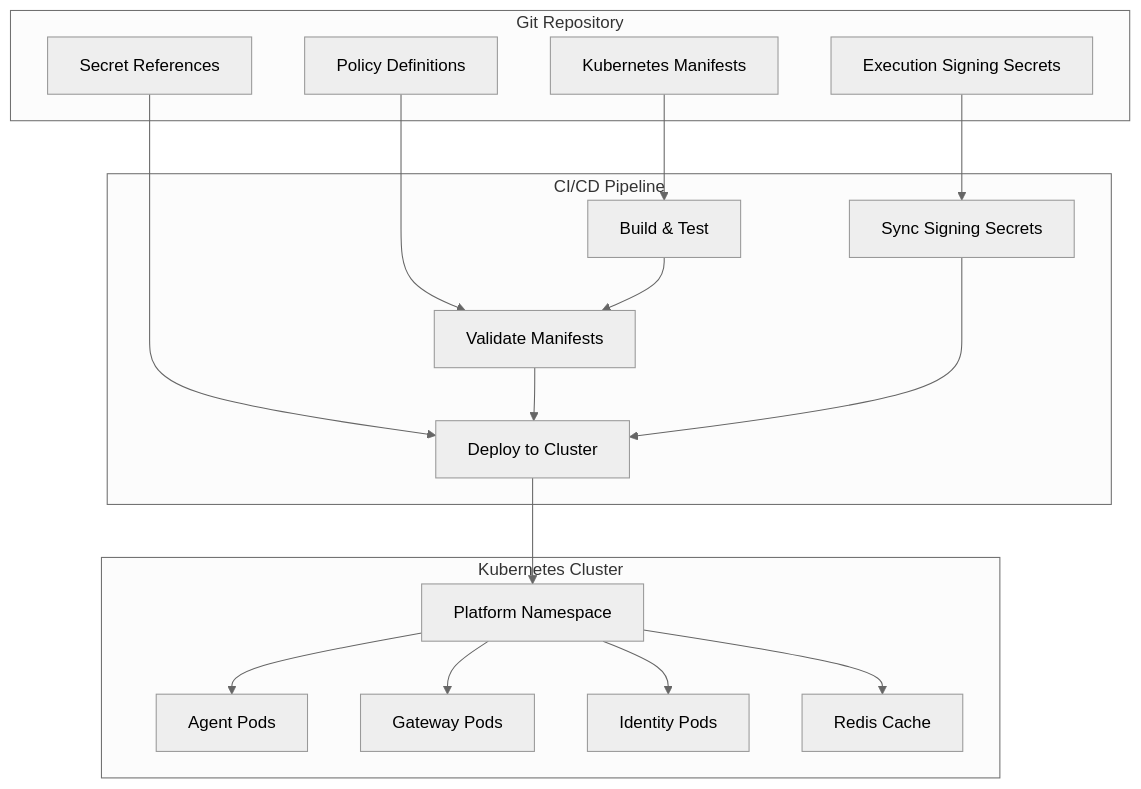
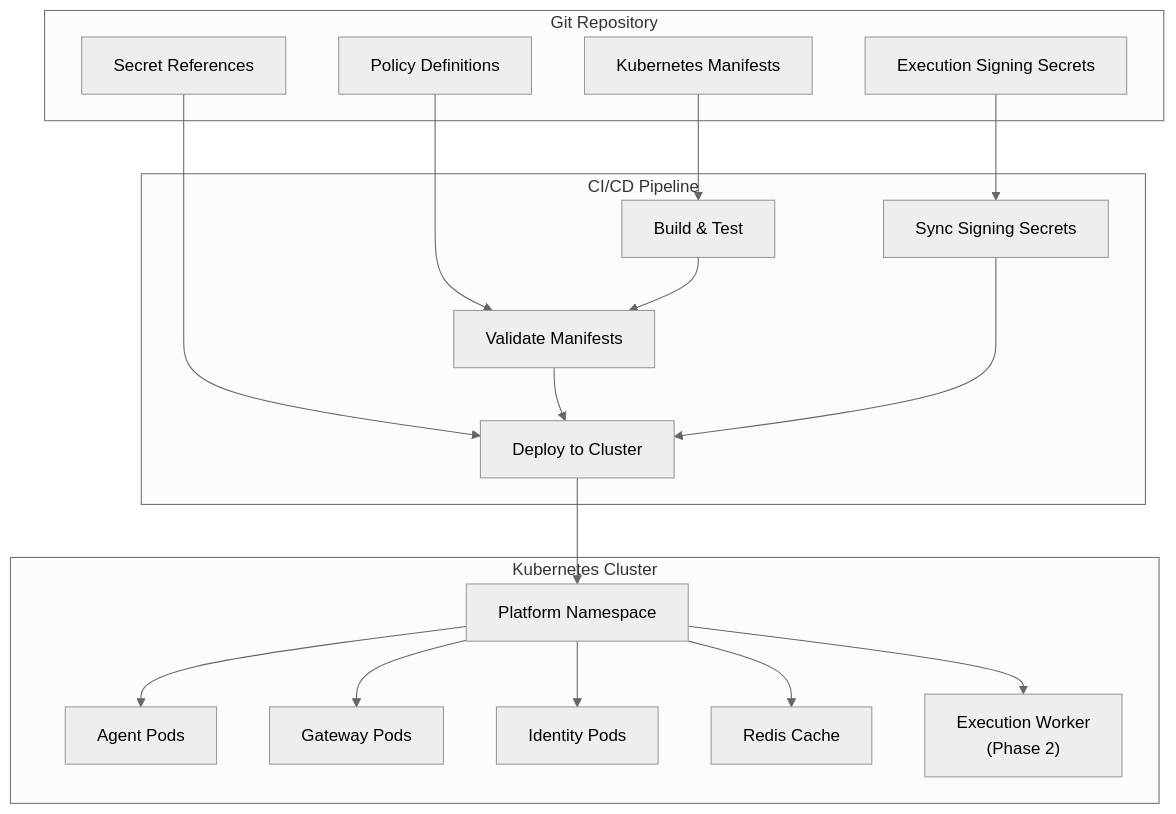
The eighth of 8 diagrams in .qoder/repowiki/en/content/Project Overview.md (metasync/luban-aiops), drawn with Mermaid (neutral theme) before and after one commit. The commit also changed other lines of this file and 5 other files, not shown here.

````diff
--- a/.qoder/repowiki/en/content/Project Overview.md
+++ b/.qoder/repowiki/en/content/Project Overview.md
@@ -493,34 +550,36 @@
 ```mermaid
 graph TB
 subgraph "Git Repository"
 Config["Kubernetes Manifests"]
 Policies["Policy Definitions"]
 Secrets["Secret References"]
 SigningSecrets["Execution Signing Secrets"]
 end
 subgraph "CI/CD Pipeline"
 Build["Build & Test"]
 Validate["Validate Manifests"]
 Deploy["Deploy to Cluster"]
 SyncSecrets["Sync Signing Secrets"]
 end
 subgraph "Kubernetes Cluster"
 Namespace["Platform Namespace"]
 Agents["Agent Pods"]
 Gateway["Gateway Pods"]
 Identity["Identity Pods"]
 Redis["Redis Cache"]
+Worker["Execution Worker<br/>(Phase 2)"]
 end
 Config --> Build
 Policies --> Validate
 Secrets --> Deploy
 SigningSecrets --> SyncSecrets
 Build --> Validate
 Validate --> Deploy
 SyncSecrets --> Deploy
 Deploy --> Namespace
 Namespace --> Agents
 Namespace --> Gateway
 Namespace --> Identity
 Namespace --> Redis
+Namespace --> Worker
 ```
````
